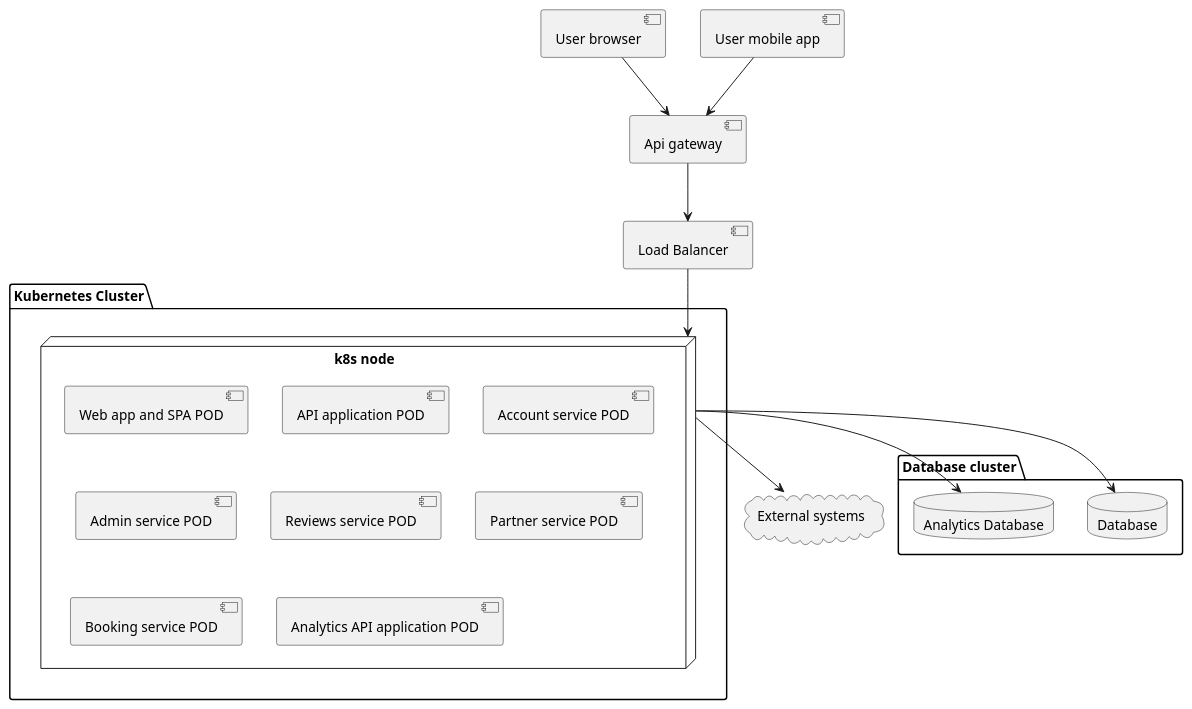
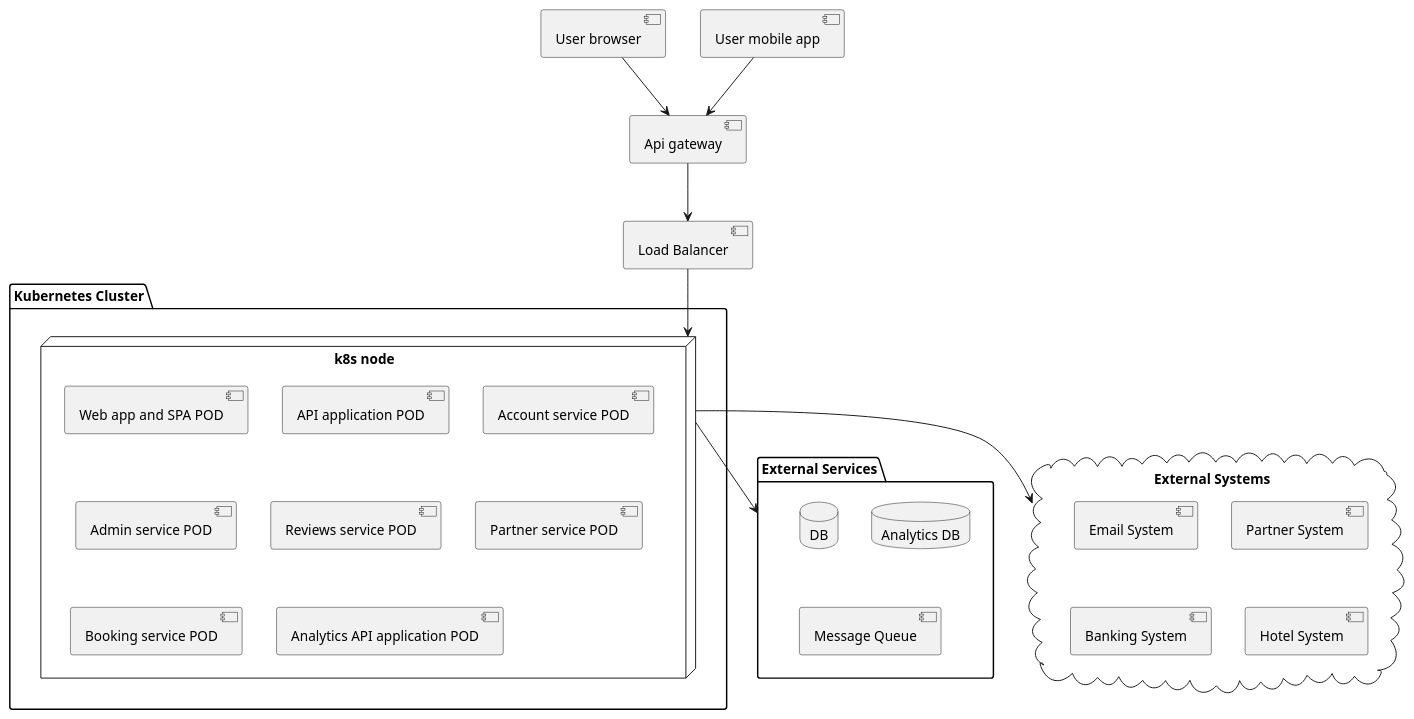
Before and after one commit to RuprechtKraus/SPM: the diagram in Diagrams/Deployment.puml, drawn with PlantUML. The commit also changed 1 other file, not shown here.

Commit message:
feat: added more info about external systems

```diff
--- a/Diagrams/Deployment.puml
+++ b/Diagrams/Deployment.puml
@@ -1,39 +1,44 @@
 @startuml
 
 'Items
 [User browser]
 [User mobile app]
 
 [Api gateway]
 [Load Balancer]
-
-cloud "External systems"
 
 [User browser] --> [Api gateway]
 [User mobile app] --> [Api gateway]
 [Api gateway] --> [Load Balancer]
 
 package "Kubernetes Cluster" {
     node "k8s node" {
         [Web app and SPA POD]
         [API application POD]
         [Account service POD]
         [Admin service POD]
         [Reviews service POD]
         [Partner service POD]
         [Booking service POD]
         [Analytics API application POD]
     }
 }
 
-package "Database cluster" {
-    database "Database"
-    database "Analytics Database"
+package "External Services" {
+    database "DB"
+    database "Analytics DB"
+    [Message Queue]
+}
+
+cloud "External Systems" {
+    [Email System]
+    [Partner System]
+    [Banking System]
+    [Hotel System]
 }
 
 [Load Balancer] --> [k8s node]
-[k8s node] --> [Database]
-[k8s node] --> [Analytics Database]
-[k8s node] --> [External systems]
+[k8s node] --> [External Services]
+[k8s node] --> [External Systems]
 
 @enduml
```
